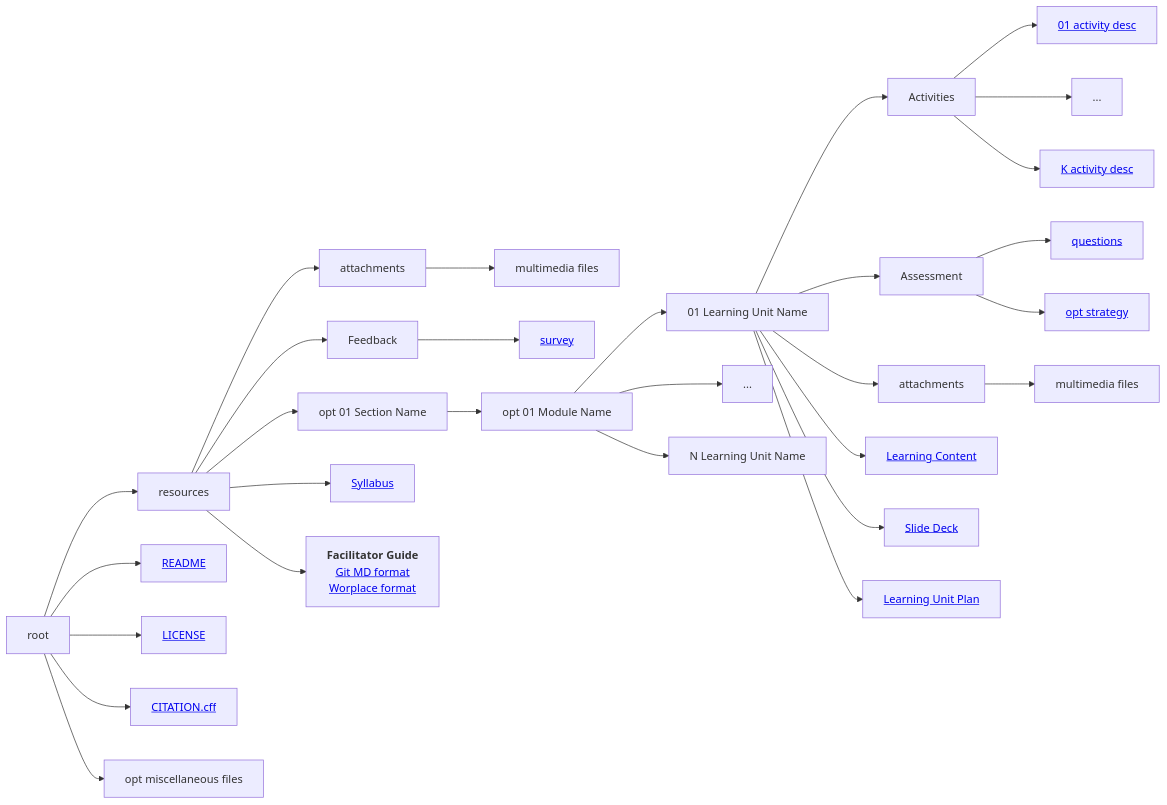
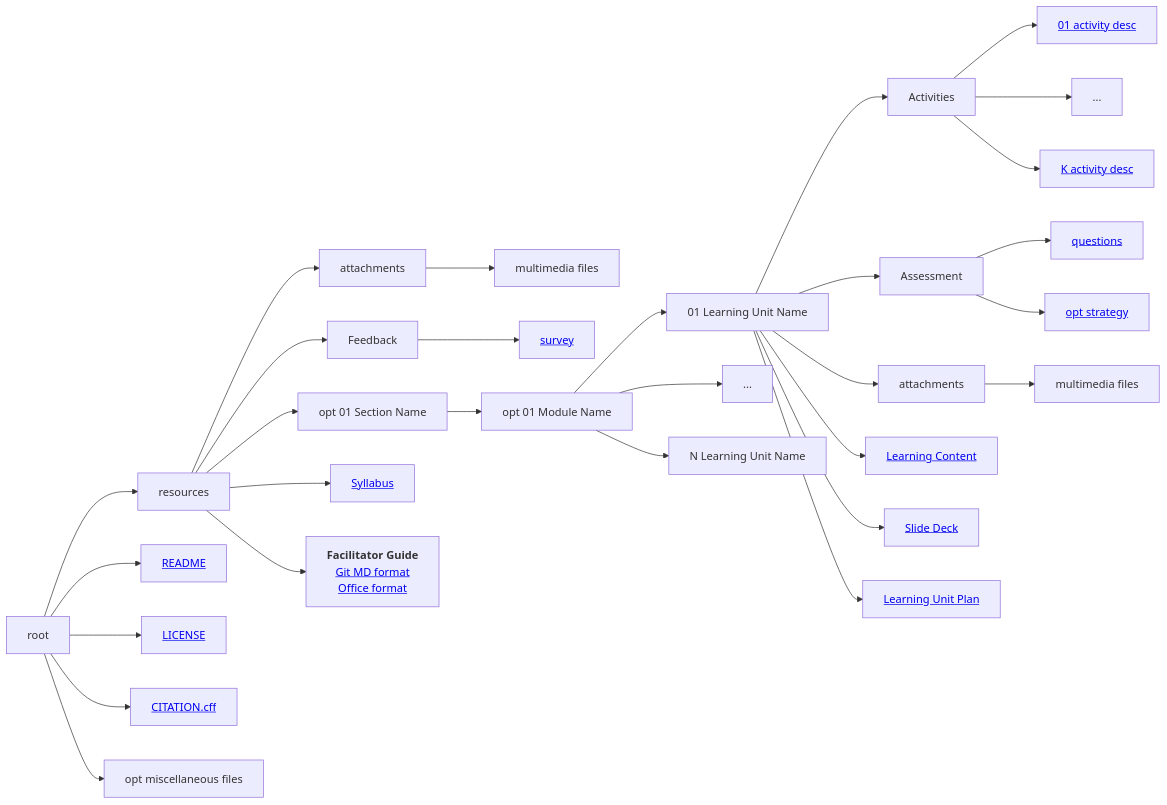
Before and after one commit to FAIR-by-Design-Methodology/microlearning: the diagram in resources/03 Design/design.md, drawn with Mermaid.

````diff
--- a/resources/03 Design/design.md
+++ b/resources/03 Design/design.md
@@ -55,37 +55,37 @@
 ``` mermaid
 graph LR
   r[root] --> res;
   r --> rm[<a href='https://www.makeareadme.com/'>README</a>];
   r --> l[<a href='https://creativecommons.org/licenses/by/4.0/legalcode.txt'>LICENSE</a>];
   r --> c[<a href='https://citation-file-format.github.io/'>CITATION.cff</a>];
   r --> misc[opt miscellaneous files];
 
   res[resources] --> att[attachments];
   att --> mf[multimedia files];
   res --> f[Feedback];
   f --> fq[<a href='https://github.com/FAIR-by-Design-Methodology/templates/blob/main/resources/Feedback/training_feedback_template.md'>survey</a>];
   res --> s1[opt 01 Section Name];
   res --> s[<a href='https://github.com/FAIR-by-Design-Methodology/templates/blob/main/resources/syllabus.md'>Syllabus</a>];
-  res --> fg[<b>Facilitator Guide</b> <br> <a href='https://github.com/FAIR-by-Design-Methodology/templates/blob/main/resources/template_facilitator_guide.md'>Git MD format</a><br><a href='https://github.com/FAIR-by-Design-Methodology/microlearning/blob/main/resources/attachments/Root/Training%20Facilitator%20Guide.docx'>Worplace format</a>];
+  res --> fg[<b>Facilitator Guide</b> <br> <a href='https://github.com/FAIR-by-Design-Methodology/templates/blob/main/resources/template_facilitator_guide.md'>Git MD format</a><br><a href='https://github.com/FAIR-by-Design-Methodology/microlearning/blob/main/resources/attachments/Root/Training%20Facilitator%20Guide.docx'>Office format</a>];
 
   s1 --> m1[opt 01 Module Name];
   m1 --> lu1[01 Learning Unit Name];
   m1 --> lux[...];
   m1 --> luN[N Learning Unit Name];
 
   lu1 --> act[Activities];
   lu1 --> ass[Assessment];
   lu1 --> at[attachments];
   at --> mff[multimedia files];
   lu1 --> lc[<a href='https://github.com/FAIR-by-Design-Methodology/templates/blob/main/resources/Learning%20Unit/template_content.md'>Learning Content</a>];
   lu1 --> sd[<a href='https://github.com/FAIR-by-Design-Methodology/templates/blob/main/resources/Learning%20Unit/Learning_unit_content.pptx'>Slide Deck</a>];
   lu1 --> lp[<a href='https://github.com/FAIR-by-Design-Methodology/templates/blob/main/resources/Learning%20Unit/template_unit_lesson_plan.md'>Learning Unit Plan</a>];
 
   act --> a1[<a href='https://github.com/FAIR-by-Design-Methodology/templates/blob/main/resources/Learning%20Unit/Activities/activity_details_template.md'>01 activity desc</a>];
   act --> ax[...];
   act --> aK[<a href='https://github.com/FAIR-by-Design-Methodology/templates/blob/main/resources/Learning%20Unit/Activities/activity_details_template.md'>K activity desc</a>];
 
   ass --> qb[<a href='https://github.com/FAIR-by-Design-Methodology/templates/blob/main/resources/Learning%20Unit/Assessment/assessment_template.md'>questions</a>];
   ass --> st[<a href='https://github.com/FAIR-by-Design-Methodology/templates/blob/main/resources/Learning%20Unit/Assessment/assessment_template.md'>opt strategy</a>];
 
 ```
````
